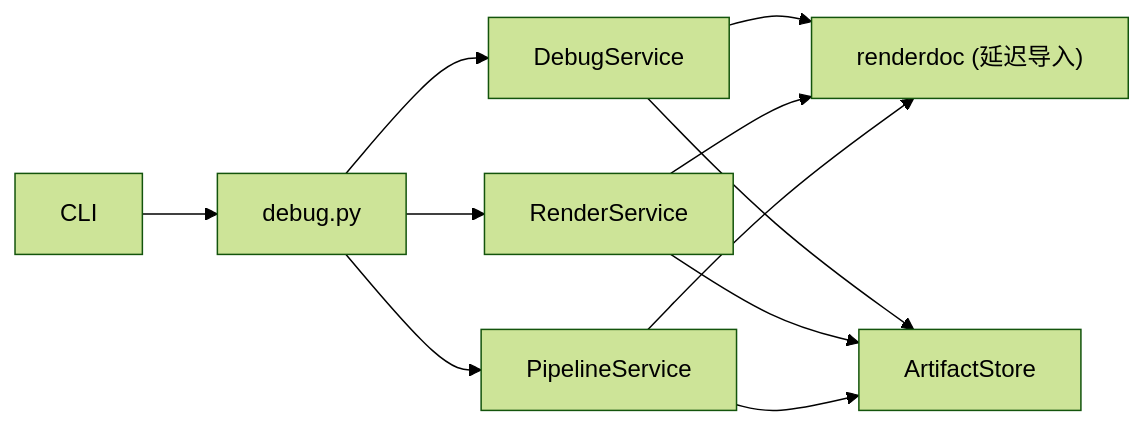
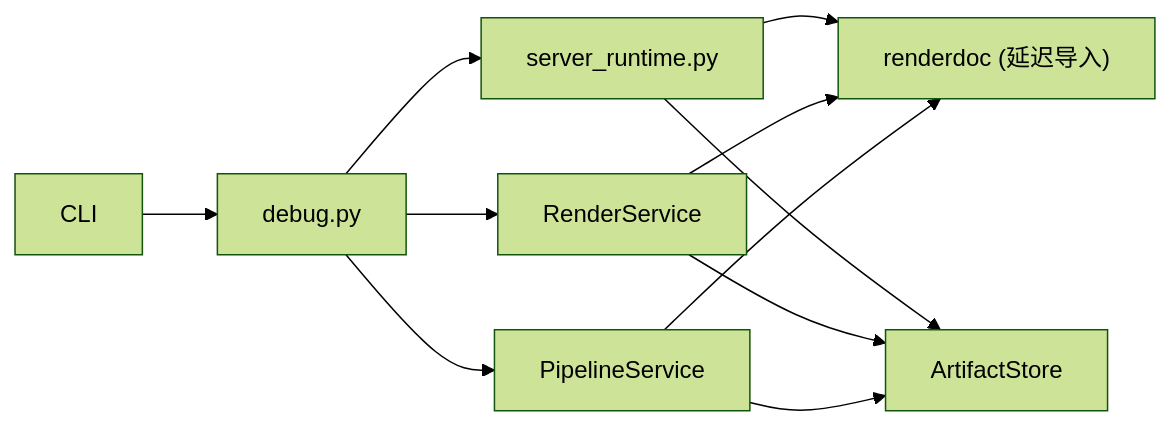
The sixth of 6 diagrams in .qoder/repowiki/zh/content/故障排除/调试工具使用.md (haolange/RDC-Tool), drawn with Mermaid (forest theme) before and after one commit. The commit also changed other lines of this file and 79 other files, not shown here.

````diff
--- a/.qoder/repowiki/zh/content/故障排除/调试工具使用.md
+++ b/.qoder/repowiki/zh/content/故障排除/调试工具使用.md
@@ -282,13 +307,13 @@
 ```mermaid
 graph LR
 CLI["CLI"] --> Handler["debug.py"]
-Handler --> DS["DebugService"]
+Handler --> Runtime["server_runtime.py"]
 Handler --> RS["RenderService"]
 Handler --> PS["PipelineService"]
-DS --> RD["renderdoc (延迟导入)"]
+Runtime --> RD["renderdoc (延迟导入)"]
 RS --> RD
 PS --> RD
-DS --> ASM["ArtifactStore"]
+Runtime --> ASM["ArtifactStore"]
 RS --> ASM
 PS --> ASM
 ```
````
